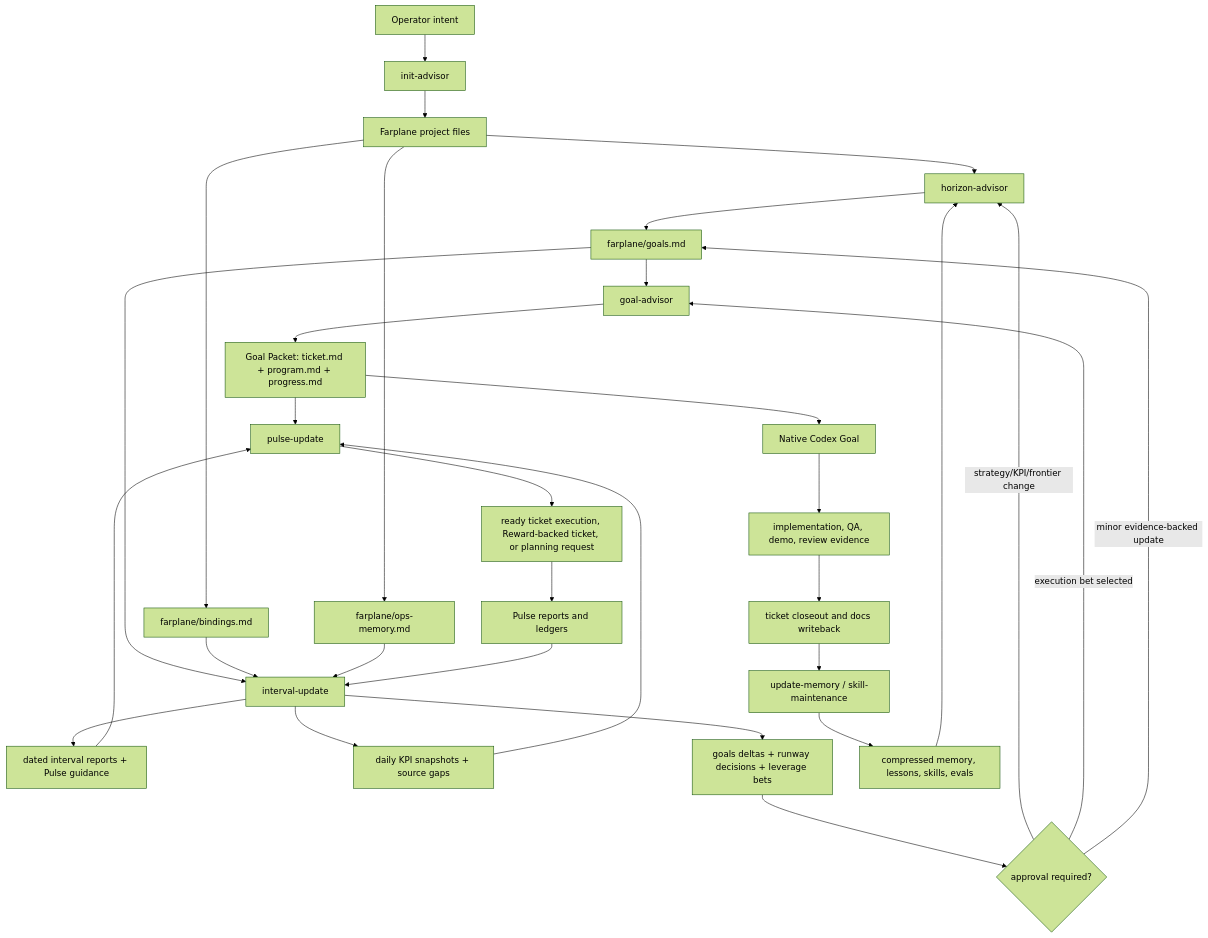
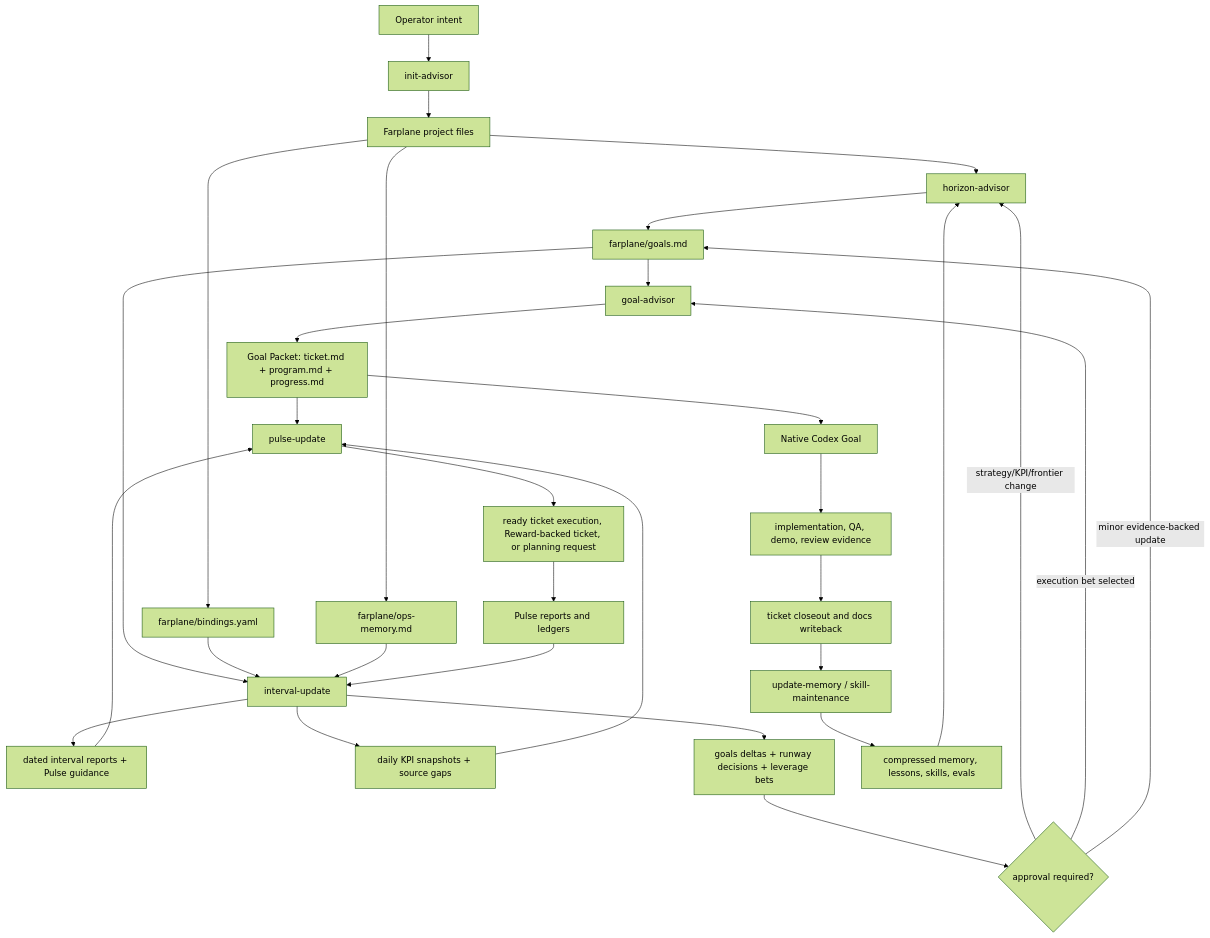
The diagram in docs/farplane-framework/lifecycle.md (ZanarkandTechnologies/Farplane), drawn with Mermaid (forest theme) before and after one commit. The commit also changed other lines of this file and 32 other files, not shown here.

````diff
--- a/docs/farplane-framework/lifecycle.md
+++ b/docs/farplane-framework/lifecycle.md
@@ -96,33 +96,33 @@
 ```mermaid
 flowchart TD
   A["Operator intent"] --> B["init-advisor"]
   B --> C["Farplane project files"]
   C --> D["horizon-advisor"]
   D --> E["farplane/goals.md"]
-  C --> X["farplane/bindings.md"]
+  C --> X["farplane/bindings.yaml"]
   C --> Y["farplane/ops-memory.md"]
   E --> F["goal-advisor"]
   F --> G["Goal Packet: ticket.md + program.md + progress.md"]
   G --> H["Native Codex Goal"]
   H --> I["implementation, QA, demo, review evidence"]
   I --> J["ticket closeout and docs writeback"]
   E --> K["interval-update"]
   X --> K
   Y --> K
   K --> L["dated interval reports + Pulse guidance"]
   K --> U["daily KPI snapshots + source gaps"]
   K --> R["goals deltas + runway decisions + leverage bets"]
   R --> S{"approval required?"}
   S -->|strategy/KPI/frontier change| D
   S -->|execution bet selected| F
   S -->|minor evidence-backed update| E
   G --> M["pulse-update"]
   L --> M
   U --> M
   M --> N["ready ticket execution, Reward-backed ticket, or planning request"]
   N --> O["Pulse reports and ledgers"]
   O --> K
   J --> P["update-memory / skill-maintenance"]
   P --> Q["compressed memory, lessons, skills, evals"]
   Q --> D
 ```
````
